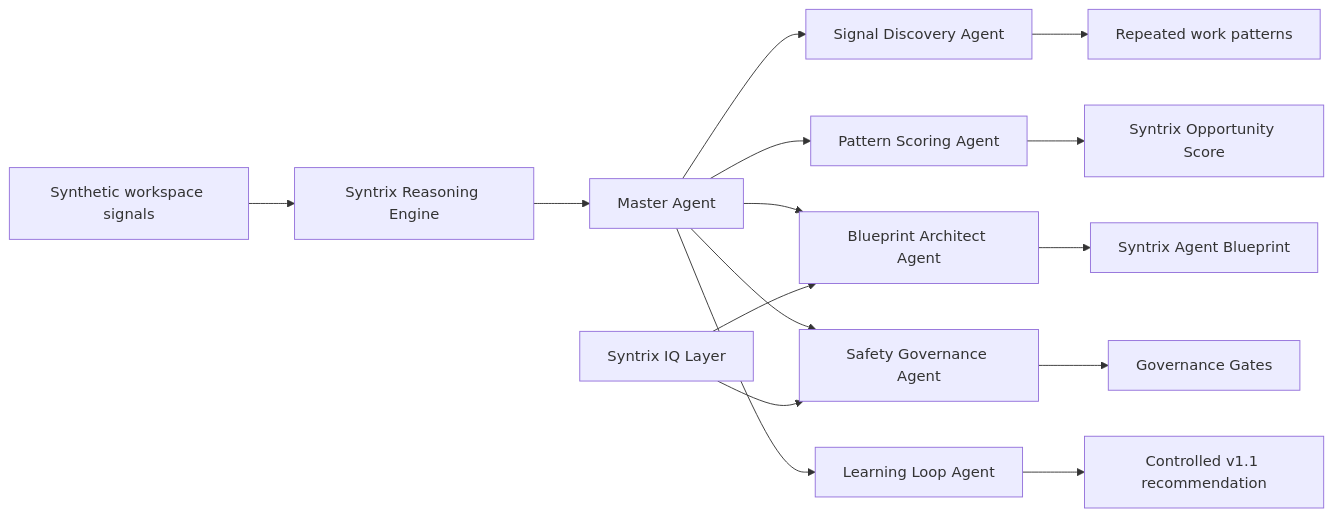
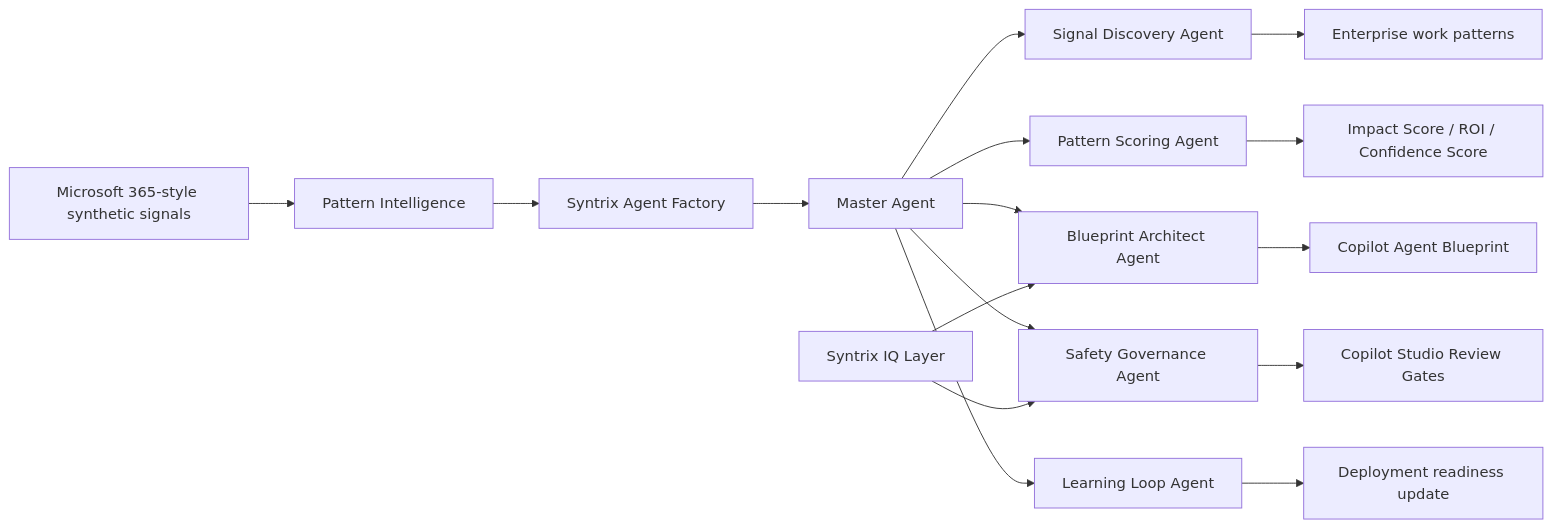
The diagram in README.md (MDVS17/ReasoningAgent), drawn with Mermaid before and after one commit. The commit also changed other lines of this file and 3 other files, not shown here.

Commit message:
Reposition Syntrix as Copilot Agent Architect

````diff
--- a/README.md
+++ b/README.md
@@ -41,17 +38,18 @@
 ```mermaid
 flowchart LR
-    A[Synthetic workspace signals] --> B[Syntrix Reasoning Engine]
-    B --> C[Master Agent]
-    C --> D[Signal Discovery Agent]
-    C --> E[Pattern Scoring Agent]
-    C --> F[Blueprint Architect Agent]
-    C --> G[Safety Governance Agent]
-    C --> H[Learning Loop Agent]
-    D --> I[Repeated work patterns]
-    E --> J[Syntrix Opportunity Score]
-    F --> K[Syntrix Agent Blueprint]
-    G --> L[Governance Gates]
-    H --> M[Controlled v1.1 recommendation]
-    N[Syntrix IQ Layer] --> F
-    N --> G
+    A[Microsoft 365-style synthetic signals] --> B[Pattern Intelligence]
+    B --> C[Syntrix Agent Factory]
+    C --> D[Master Agent]
+    D --> E[Signal Discovery Agent]
+    D --> F[Pattern Scoring Agent]
+    D --> G[Blueprint Architect Agent]
+    D --> H[Safety Governance Agent]
+    D --> I[Learning Loop Agent]
+    E --> J[Enterprise work patterns]
+    F --> K[Impact Score / ROI / Confidence Score]
+    G --> L[Copilot Agent Blueprint]
+    H --> M[Copilot Studio Review Gates]
+    I --> N[Deployment readiness update]
+    O[Syntrix IQ Layer] --> G
+    O --> H
 ```
````
